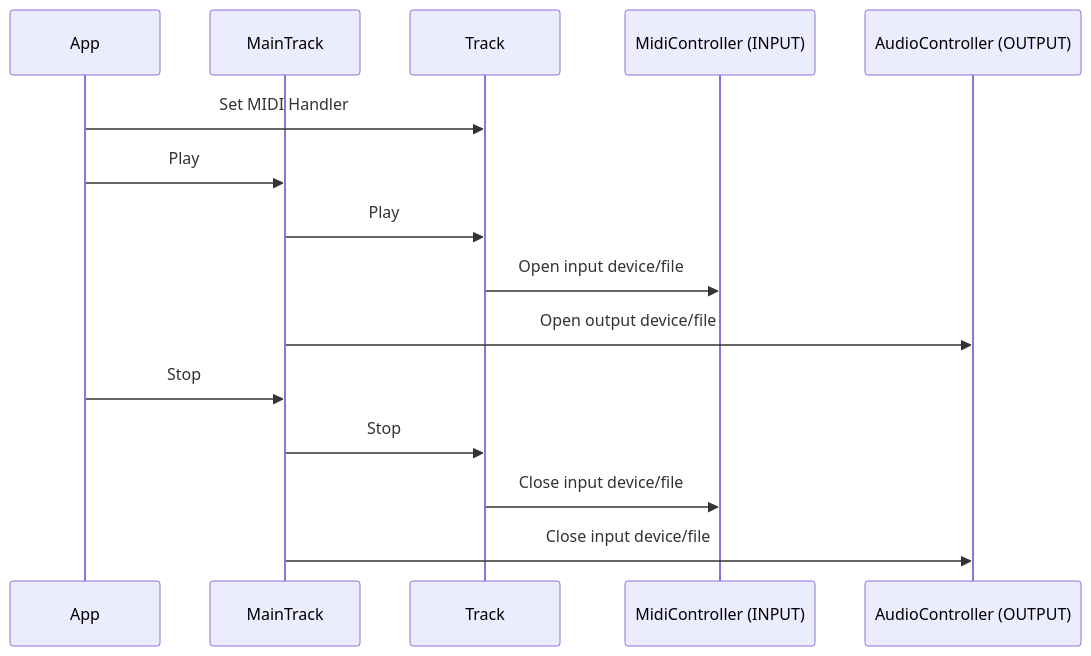
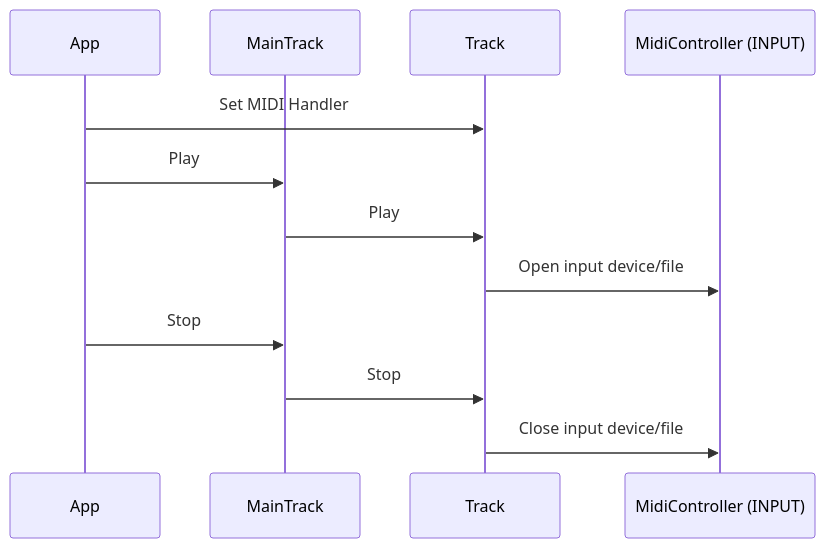
Diagram 17 of 18 in docs/DESIGN_DOC.md (aidan-clyens/miniaudioengine), drawn with Mermaid before and after one commit. The commit also changed other lines of this file, not shown here.

````diff
--- a/docs/DESIGN_DOC.md
+++ b/docs/DESIGN_DOC.md
@@ -502,23 +618,20 @@
 ```mermaid
 sequenceDiagram
 
     participant App
     participant MainTrack
     participant Track
     participant MidiController (INPUT)
-    participant AudioController (OUTPUT)
 
     App->>Track: Set MIDI Handler
 
     App->>MainTrack: Play
     MainTrack->>Track: Play
 
     Track->>MidiController (INPUT): Open input device/file
-    MainTrack->>AudioController (OUTPUT): Open output device/file
 
     App->>MainTrack: Stop
     MainTrack->>Track: Stop
 
     Track->>MidiController (INPUT): Close input device/file
-    MainTrack->>AudioController (OUTPUT): Close input device/file
 ```
````
